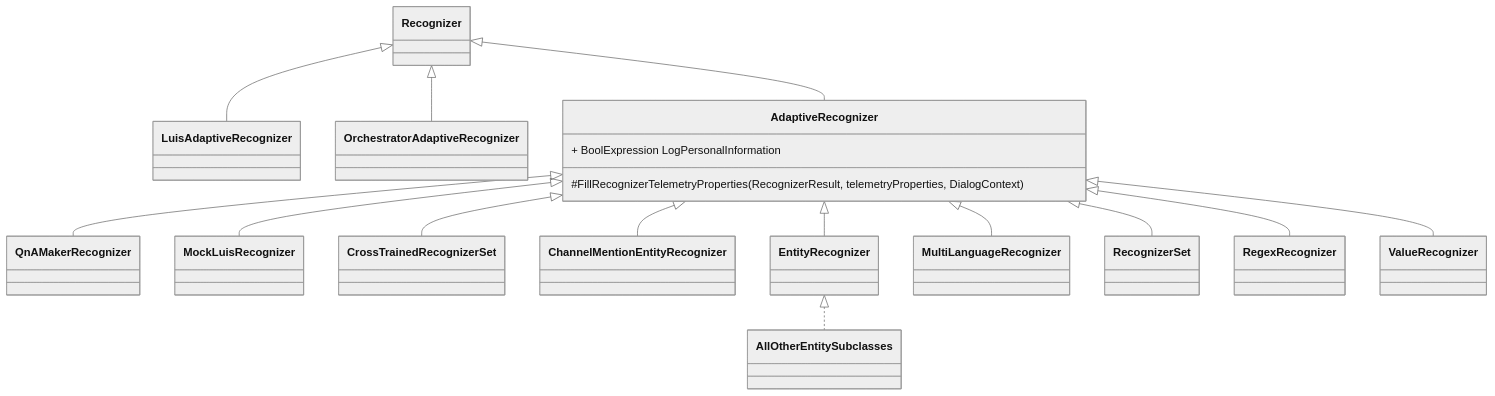
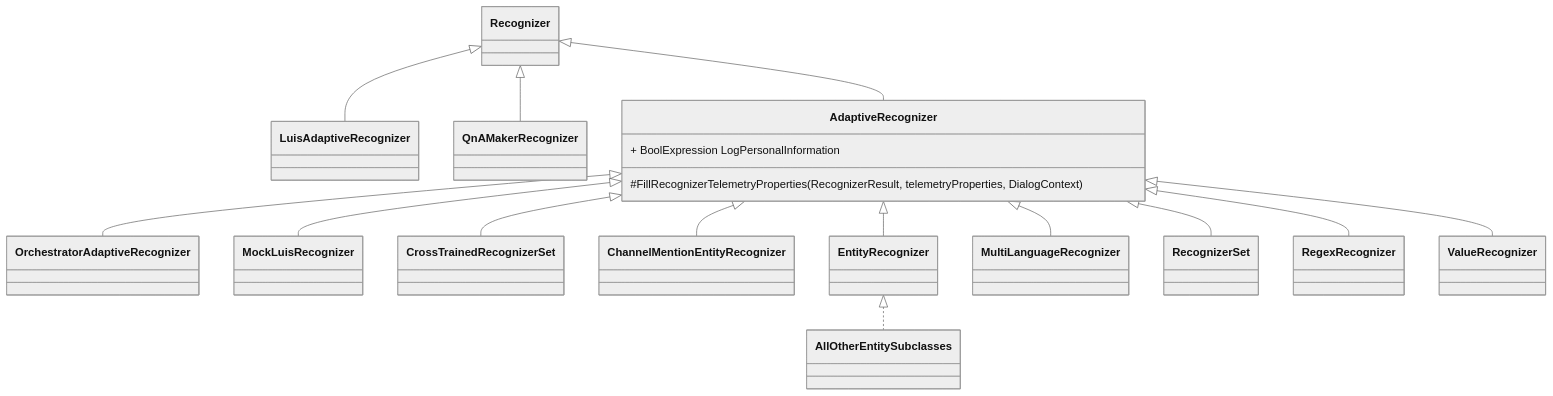
The third of 4 diagrams in Recognizers/Markdown/logpii-solution-design.md (Zerryth/Mermaid), drawn with Mermaid (neutral theme) before and after one commit. The commit also changed 2 other files, not shown here.

Commit message:
Corrected adaptive-recognizer-proposal; switched qna & orc.

````diff
--- a/Recognizers/Markdown/logpii-solution-design.md
+++ b/Recognizers/Markdown/logpii-solution-design.md
@@ -143,22 +143,22 @@
 ```mermaid
 classDiagram
     Recognizer <|-- LuisAdaptiveRecognizer
-    Recognizer <|-- OrchestratorAdaptiveRecognizer
+    Recognizer <|-- QnAMakerRecognizer
     Recognizer <|-- AdaptiveRecognizer
-    AdaptiveRecognizer <|-- QnAMakerRecognizer
+    AdaptiveRecognizer <|-- OrchestratorAdaptiveRecognizer
     AdaptiveRecognizer <|-- MockLuisRecognizer
     AdaptiveRecognizer <|-- CrossTrainedRecognizerSet
     AdaptiveRecognizer <|-- ChannelMentionEntityRecognizer
     AdaptiveRecognizer <|-- EntityRecognizer
     EntityRecognizer <|.. AllOtherEntitySubclasses
     AdaptiveRecognizer <|-- MultiLanguageRecognizer
     AdaptiveRecognizer <|-- RecognizerSet
     AdaptiveRecognizer <|-- RegexRecognizer
     AdaptiveRecognizer <|-- ValueRecognizer
 
     class AdaptiveRecognizer {
         + BoolExpression LogPersonalInformation
         
         #FillRecognizerTelemetryProperties(RecognizerResult, telemetryProperties, DialogContext)
     }
 ```
````
